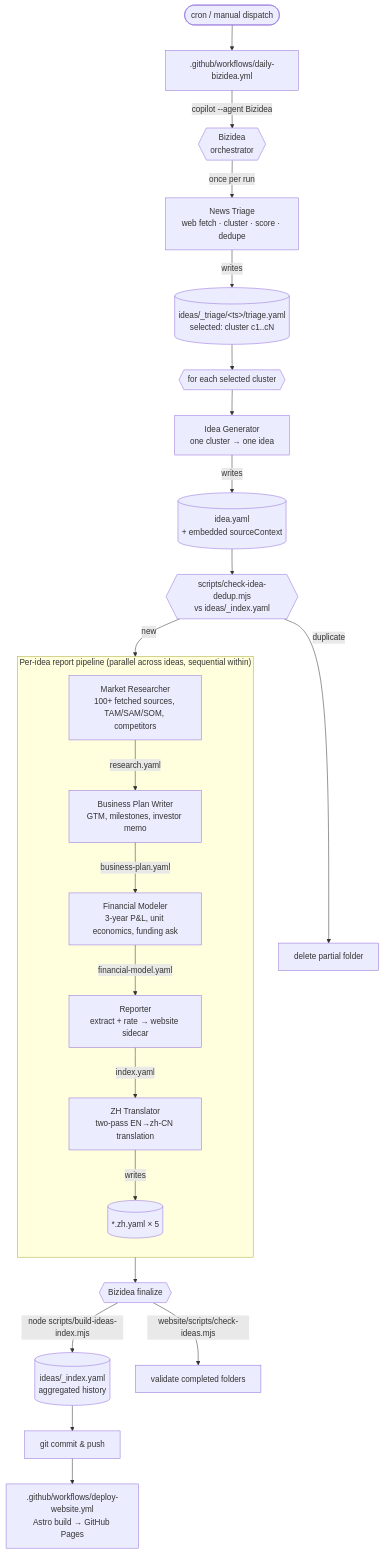
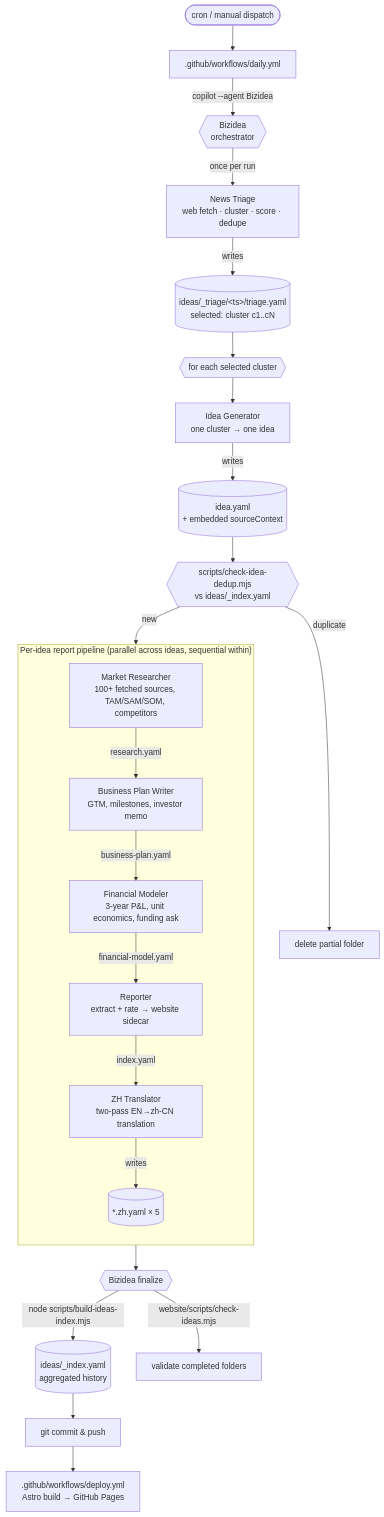
The diagram in README.md (vibewatch/bizidea), drawn with Mermaid before and after one commit. The commit also changed other lines of this file and 4 other files, not shown here.

Commit message:
refactor: replace daily-bizidea.yml and deploy-website.yml with daily.yml and deploy.yml

````diff
--- a/README.md
+++ b/README.md
@@ -13,30 +13,30 @@
 ```mermaid
 flowchart TD
-    cron([cron / manual dispatch]) --> wf[".github/workflows/daily-bizidea.yml"]
+  cron([cron / manual dispatch]) --> wf[".github/workflows/daily.yml"]
     wf -->|"copilot --agent Bizidea"| orch{{"Bizidea<br/>orchestrator"}}
 
     orch -->|"once per run"| triage["News Triage<br/>web fetch · cluster · score · dedupe"]
     triage -->|"writes"| triageFile[("ideas/_triage/&lt;ts&gt;/triage.yaml<br/>selected: cluster c1..cN")]
 
     triageFile --> fanout{{"for each selected cluster"}}
     fanout --> idea["Idea Generator<br/>one cluster &rarr; one idea"]
     idea -->|"writes"| ideaFile[("idea.yaml<br/>+ embedded sourceContext")]
     ideaFile --> dedup{{"scripts/check-idea-dedup.mjs<br/>vs ideas/_index.yaml"}}
     dedup -->|"duplicate"| drop["delete partial folder"]
     dedup -->|"new"| pipeline
 
     subgraph pipeline ["Per-idea report pipeline (parallel across ideas, sequential within)"]
         direction TB
         mr["Market Researcher<br/>100+ fetched sources, TAM/SAM/SOM, competitors"] -->|"research.yaml"| bp["Business Plan Writer<br/>GTM, milestones, investor memo"]
         bp -->|"business-plan.yaml"| fm["Financial Modeler<br/>3-year P&amp;L, unit economics, funding ask"]
         fm -->|"financial-model.yaml"| rep["Reporter<br/>extract + rate &rarr; website sidecar"]
         rep -->|"index.yaml"| zh["ZH Translator<br/>two-pass EN&rarr;zh-CN translation"]
         zh -->|"writes"| zhFiles[("*.zh.yaml &times; 5")]
     end
 
     zhFiles --> finalize{{"Bizidea finalize"}}
     finalize -->|"node scripts/build-ideas-index.mjs"| indexFile[("ideas/_index.yaml<br/>aggregated history")]
     finalize -->|"website/scripts/check-ideas.mjs"| validate["validate completed folders"]
     indexFile --> push["git commit &amp; push"]
-    push --> deploy[".github/workflows/deploy-website.yml<br/>Astro build &rarr; GitHub Pages"]
+    push --> deploy[".github/workflows/deploy.yml<br/>Astro build &rarr; GitHub Pages"]
 ```
````
